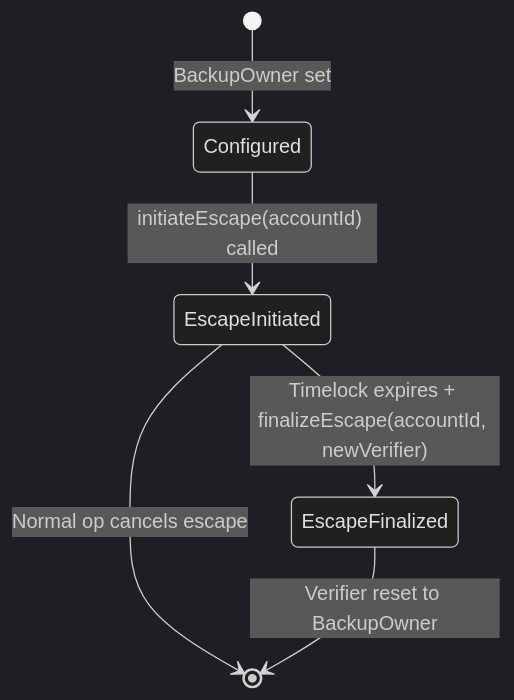
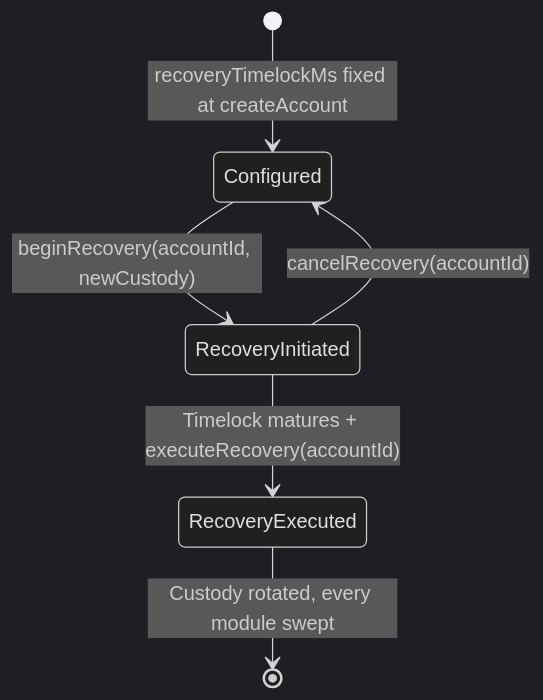
Before and after one commit to r3e-network/neo-os-aa: the third of 3 diagrams in docs/ETHEREUM_AA_COMPARISON.md, drawn with Mermaid (dark theme). The commit also changed other lines of this file and 425 other files, not shown here.

````diff
--- a/docs/ETHEREUM_AA_COMPARISON.md
+++ b/docs/ETHEREUM_AA_COMPARISON.md
@@ -295,8 +295,8 @@
 ```mermaid
 stateDiagram-v2
-    [*] --> Configured: BackupOwner set
-    Configured --> EscapeInitiated: initiateEscape(accountId) called
-    EscapeInitiated --> [*]: Normal op cancels escape
-    EscapeInitiated --> EscapeFinalized: Timelock expires + finalizeEscape(accountId, newVerifier)
-    EscapeFinalized --> [*]: Verifier reset to BackupOwner
+    [*] --> Configured: recoveryTimelockMs fixed at createAccount
+    Configured --> RecoveryInitiated: beginRecovery(accountId, newCustody)
+    RecoveryInitiated --> Configured: cancelRecovery(accountId)
+    RecoveryInitiated --> RecoveryExecuted: Timelock matures + executeRecovery(accountId)
+    RecoveryExecuted --> [*]: Custody rotated, every module swept
 ```
````
